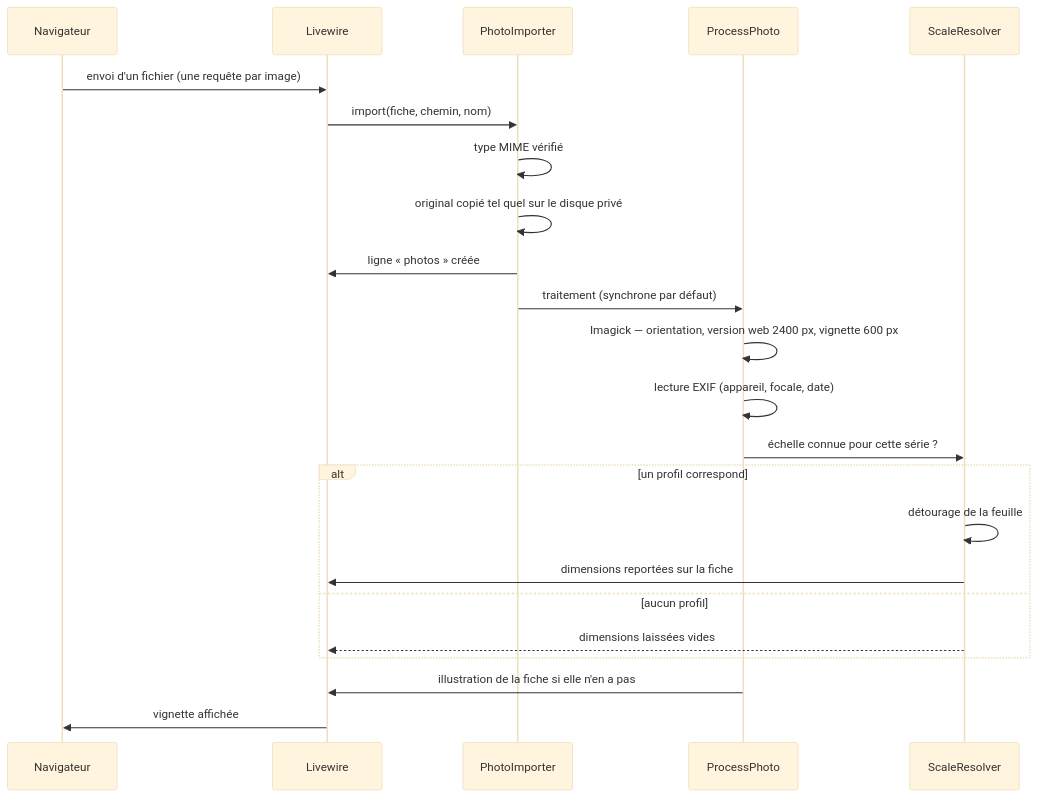
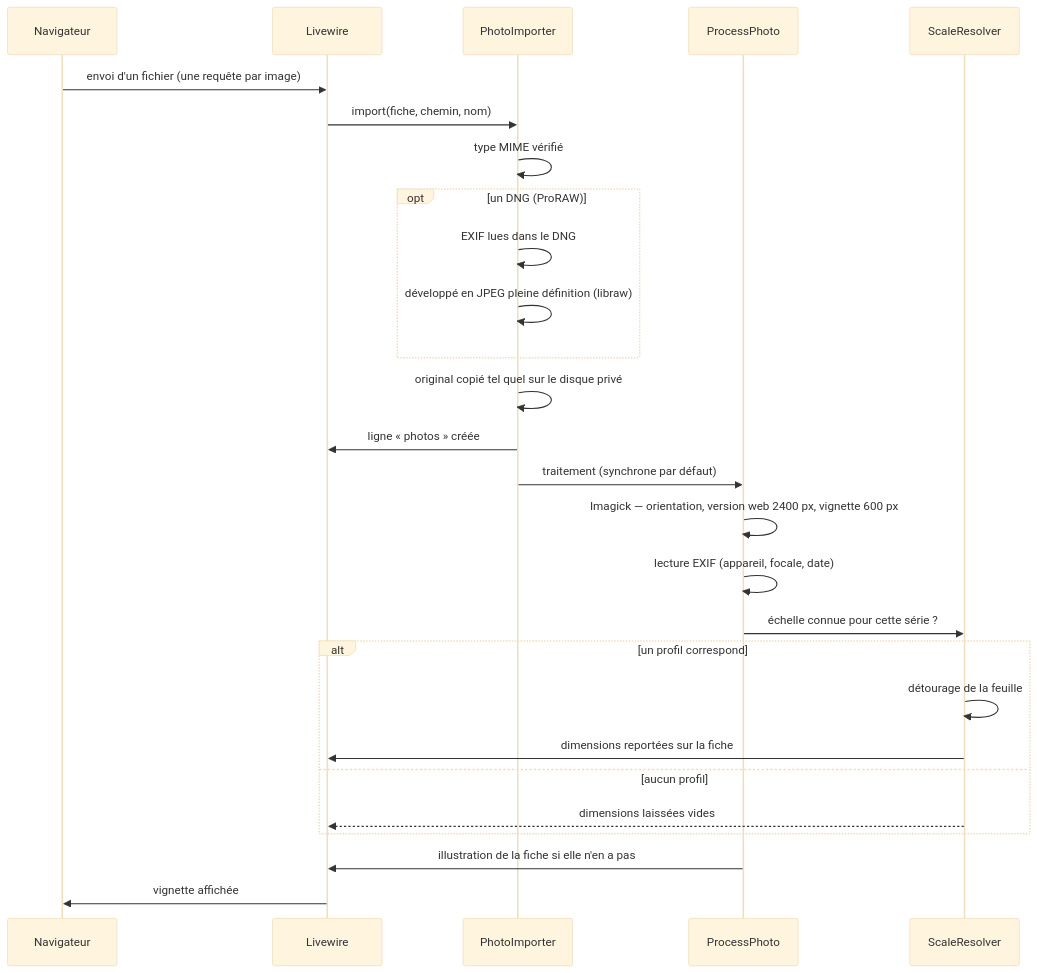
The second of 4 diagrams in DOCS/02-architecture-technique.md (vistamedia/filigrane), drawn with Mermaid (base theme) before and after one commit. The commit also changed other lines of this file and 26 other files, not shown here.

````diff
--- a/DOCS/02-architecture-technique.md
+++ b/DOCS/02-architecture-technique.md
@@ -110,26 +110,30 @@
 ```mermaid
 sequenceDiagram
     participant N as Navigateur
     participant L as Livewire
     participant I as PhotoImporter
     participant J as ProcessPhoto
     participant S as ScaleResolver
 
     N->>L: envoi d'un fichier (une requête par image)
     L->>I: import(fiche, chemin, nom)
     I->>I: type MIME vérifié
+    opt un DNG (ProRAW)
+        I->>I: EXIF lues dans le DNG
+        I->>I: développé en JPEG pleine définition (libraw)
+    end
     I->>I: original copié tel quel sur le disque privé
     I->>L: ligne « photos » créée
     I->>J: traitement (synchrone par défaut)
     J->>J: Imagick — orientation, version web 2400 px, vignette 600 px
     J->>J: lecture EXIF (appareil, focale, date)
     J->>S: échelle connue pour cette série ?
     alt un profil correspond
         S->>S: détourage de la feuille
         S->>L: dimensions reportées sur la fiche
     else aucun profil
         S-->>L: dimensions laissées vides
     end
     J->>L: illustration de la fiche si elle n'en a pas
     L->>N: vignette affichée
 ```
````
